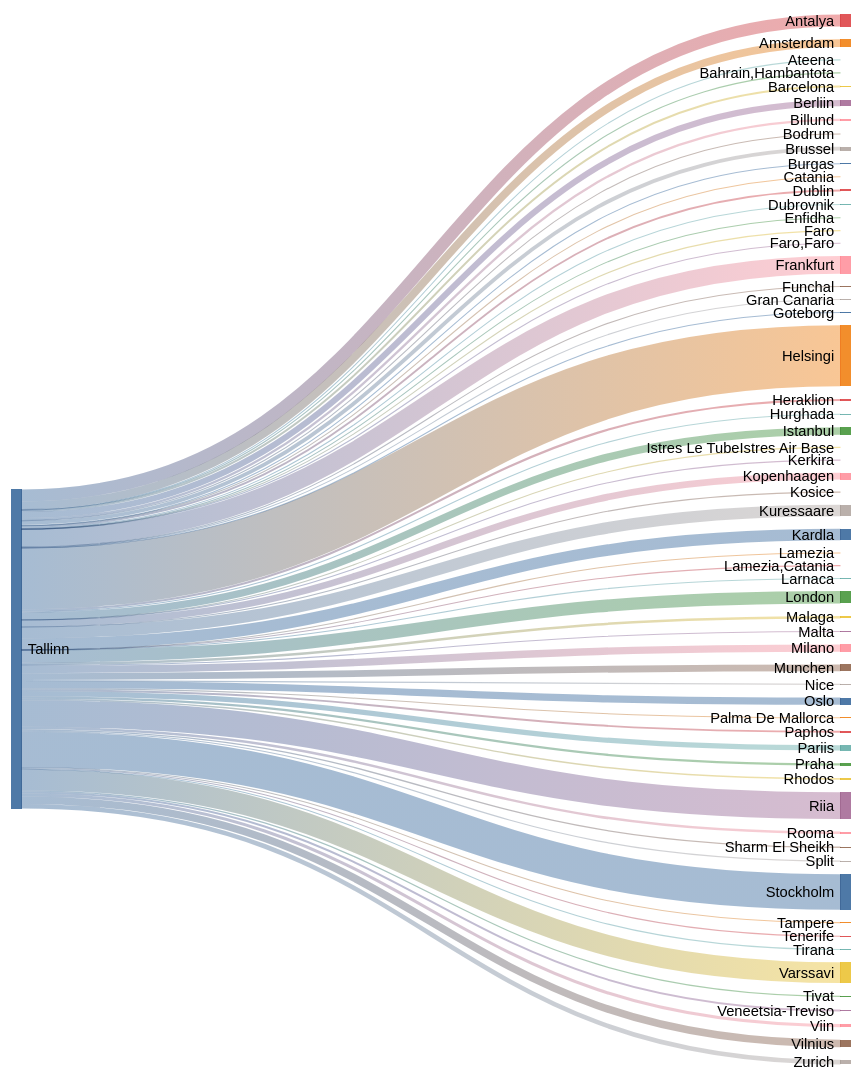
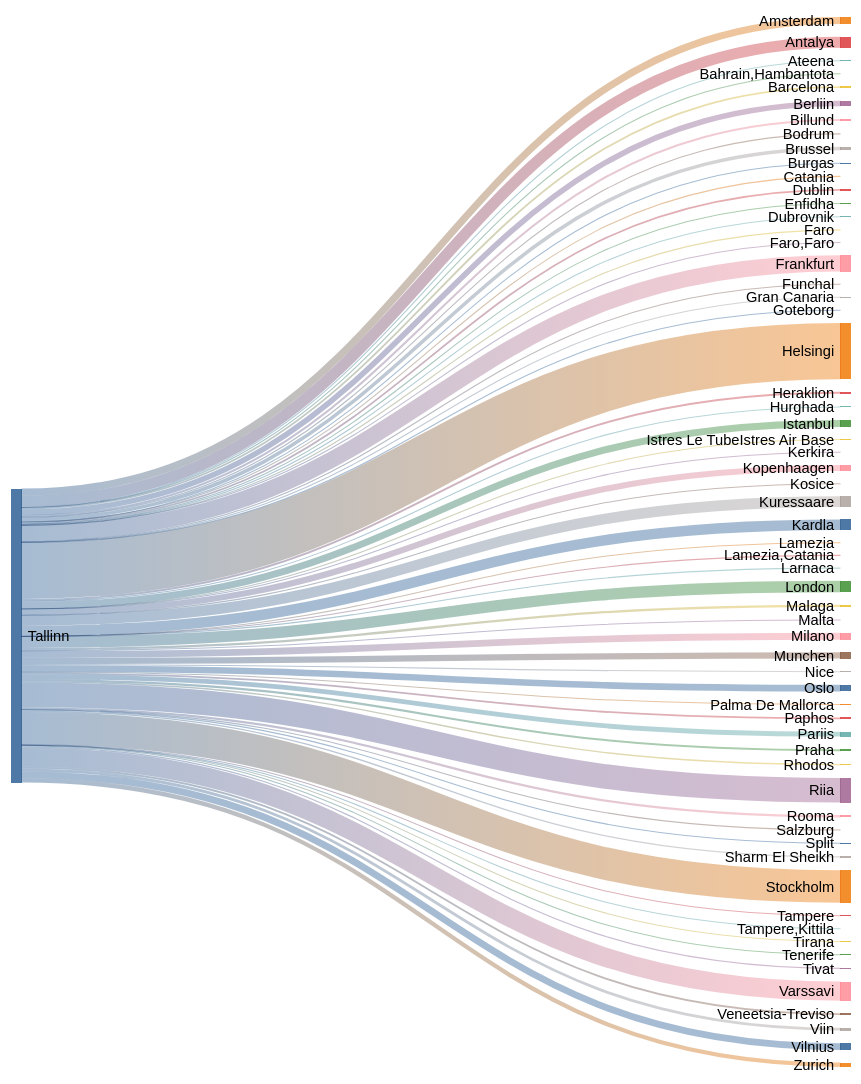
The second of 2 diagrams in README.md (rainermesi/tll-airport-departures), drawn with Mermaid (forest theme) before and after one commit. The commit also changed other lines of this file, not shown here.

````diff
--- a/README.md
+++ b/README.md
@@ -34,72 +34,74 @@
 ```mermaid
 ---
 config:
   sankey:
     showValues: false
     width: 800
     height: 1000
 ---
 sankey-beta
 %% source,target,value
-Tallinn,Amsterdam,165
-Tallinn,Antalya,255
+Tallinn,Amsterdam,166
+Tallinn,Antalya,256
 Tallinn,Ateena,16
 Tallinn,"Bahrain,Hambantota",1
 Tallinn,Barcelona,41
-Tallinn,Berliin,129
+Tallinn,Berliin,130
 Tallinn,Billund,49
 Tallinn,Bodrum,11
 Tallinn,Brussel,81
 Tallinn,Burgas,21
 Tallinn,Catania,2
-Tallinn,Dublin,40
+Tallinn,Dublin,41
 Tallinn,Dubrovnik,21
 Tallinn,Enfidha,7
 Tallinn,Faro,4
 Tallinn,"Faro,Faro",1
-Tallinn,Frankfurt,376
+Tallinn,Frankfurt,378
 Tallinn,Funchal,5
 Tallinn,Gran Canaria,16
 Tallinn,Goteborg,1
-Tallinn,Helsingi,1295
+Tallinn,Helsingi,1301
 Tallinn,Heraklion,46
-Tallinn,Hurghada,22
-Tallinn,Istanbul,157
+Tallinn,Hurghada,24
+Tallinn,Istanbul,158
 Tallinn,Istres Le TubeIstres Air Base,2
 Tallinn,Kerkira,4
 Tallinn,Kopenhaagen,142
 Tallinn,Kosice,1
-Tallinn,Kuressaare,243
-Tallinn,Kardla,243
+Tallinn,Kuressaare,244
+Tallinn,Kardla,244
 Tallinn,Lamezia,1
 Tallinn,"Lamezia,Catania",3
 Tallinn,Larnaca,4
-Tallinn,London,260
+Tallinn,London,262
 Tallinn,Malaga,53
 Tallinn,Malta,15
-Tallinn,Milano,157
-Tallinn,Munchen,144
+Tallinn,Milano,158
+Tallinn,Munchen,145
 Tallinn,Nice,25
 Tallinn,Oslo,152
 Tallinn,Palma De Mallorca,19
 Tallinn,Paphos,40
 Tallinn,Pariis,111
 Tallinn,Praha,49
 Tallinn,Rhodos,32
-Tallinn,Riia,565
+Tallinn,Riia,569
 Tallinn,Rooma,53
-Tallinn,Sharm El Sheikh,28
+Tallinn,Salzburg,1
+Tallinn,Sharm El Sheikh,29
 Tallinn,Split,25
-Tallinn,Stockholm,748
+Tallinn,Stockholm,751
 Tallinn,Tampere,17
+Tallinn,"Tampere,Kittila",1
 Tallinn,Tenerife,24
 Tallinn,Tirana,8
 Tallinn,Tivat,26
-Tallinn,Varssavi,439
+Tallinn,Varssavi,442
 Tallinn,Veneetsia-Treviso,41
-Tallinn,Viin,65
+Tallinn,Viin,66
 Tallinn,Vilnius,159
-Tallinn,Zurich,98
+Tallinn,Zurich,99
 
 
 ```
````
